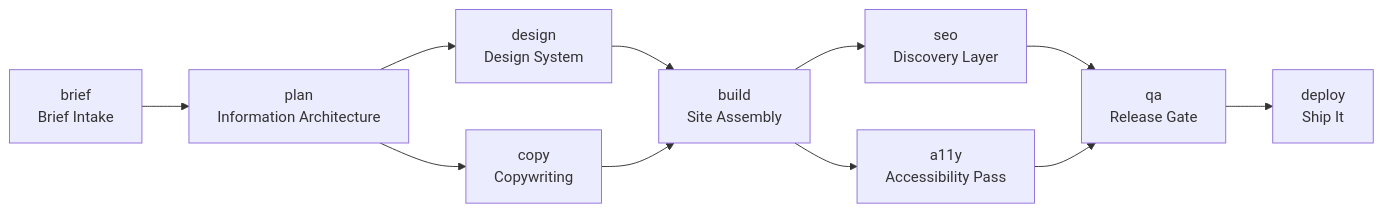
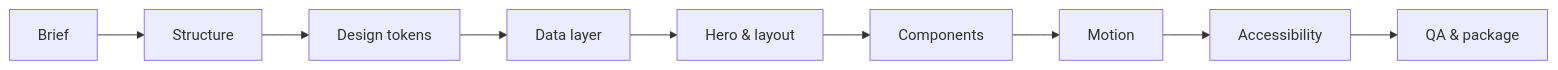
One commit to RenXiaoxiang/Stitchcraft changed the diagram in README.md. Above: the diagram before and after it, drawn with Mermaid. The commit also changed other lines of this file and 344 other files, not shown here.

````diff
--- a/README.md
+++ b/README.md
@@ -31,13 +86,11 @@
 ```mermaid
 flowchart LR
-    brief[brief<br/>Brief Intake] --> plan[plan<br/>Information Architecture]
-    plan --> design[design<br/>Design System]
-    plan --> copy[copy<br/>Copywriting]
-    design --> build[build<br/>Site Assembly]
-    copy --> build
-    build --> seo[seo<br/>Discovery Layer]
-    build --> a11y[a11y<br/>Accessibility Pass]
-    seo --> qa[qa<br/>Release Gate]
-    a11y --> qa
-    qa --> deploy[deploy<br/>Ship It]
+    brief[Brief] --> structure[Structure]
+    structure --> design[Design tokens]
+    design --> data[Data layer]
+    data --> layout[Hero & layout]
+    layout --> components[Components]
+    components --> motion[Motion]
+    motion --> a11y[Accessibility]
+    a11y --> qa[QA & package]
 ```
````
